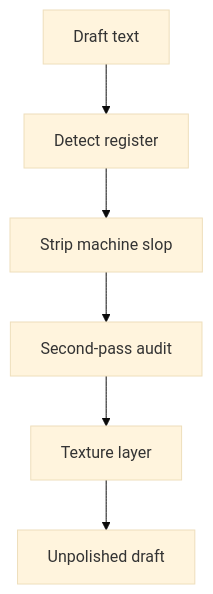
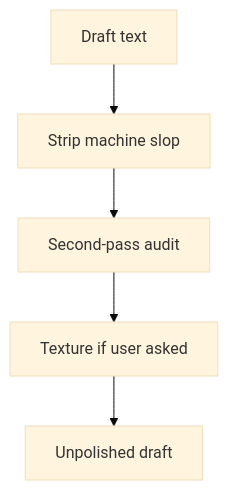
Before and after one commit to wilu222/unpolish-ai-writing: the diagram in SKILL.md, drawn with Mermaid (base theme). The commit also changed other lines of this file and 2 other files, not shown here.

Commit message:
separate ai slop cleanup from texture

````diff
--- a/SKILL.md
+++ b/SKILL.md
@@ -65,8 +40,7 @@
 ```mermaid
 flowchart TD
-  input[Draft text] --> register[Detect register]
-  register --> strip[Strip machine slop]
+  input[Draft text] --> strip[Strip machine slop]
   strip --> audit[Second-pass audit]
-  audit --> texture[Texture layer]
+  audit --> texture[Texture if user asked]
   texture --> out[Unpolished draft]
 ```
````
